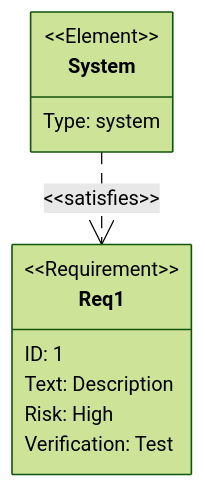
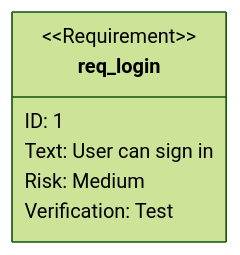
Before and after one commit to narumiruna/agent-skills: the eighth of 9 diagrams in skills/creating-mermaid-diagrams/references/other-types.md, drawn with Mermaid (forest theme). The commit also changed other lines of this file and 92 other files, not shown here.

````diff
--- a/skills/creating-mermaid-diagrams/references/other-types.md
+++ b/skills/creating-mermaid-diagrams/references/other-types.md
@@ -144,15 +93,9 @@
 ```mermaid
 requirementDiagram
-    requirement Req1 {
+    requirement req_login {
         id: 1
-        text: Description
-        risk: high
+        text: User can sign in
+        risk: medium
         verifymethod: test
     }
-
-    element System {
-        type: system
-    }
-
-    System - satisfies -> Req1
 ```
````
